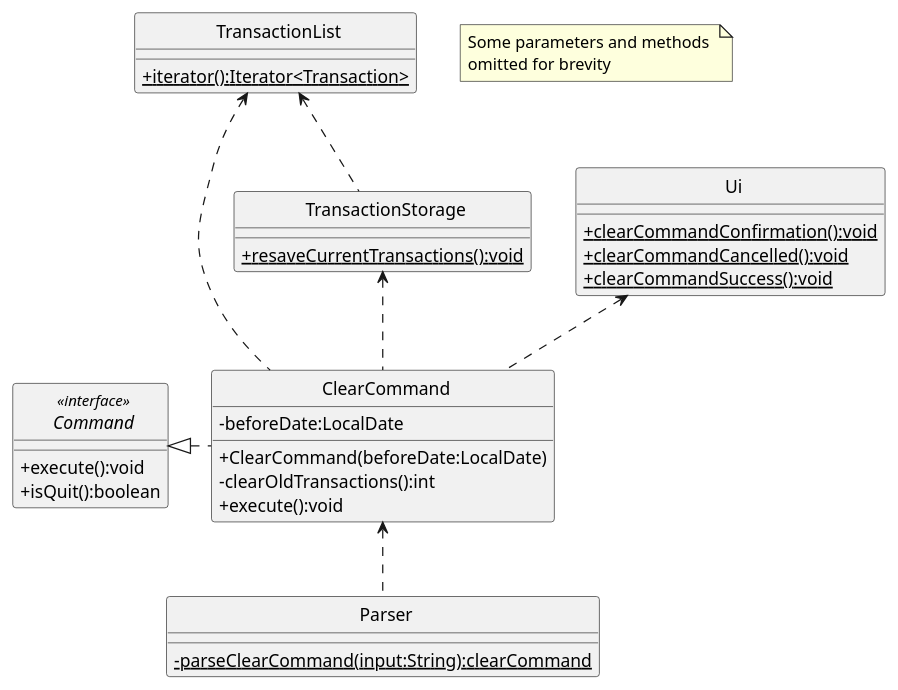
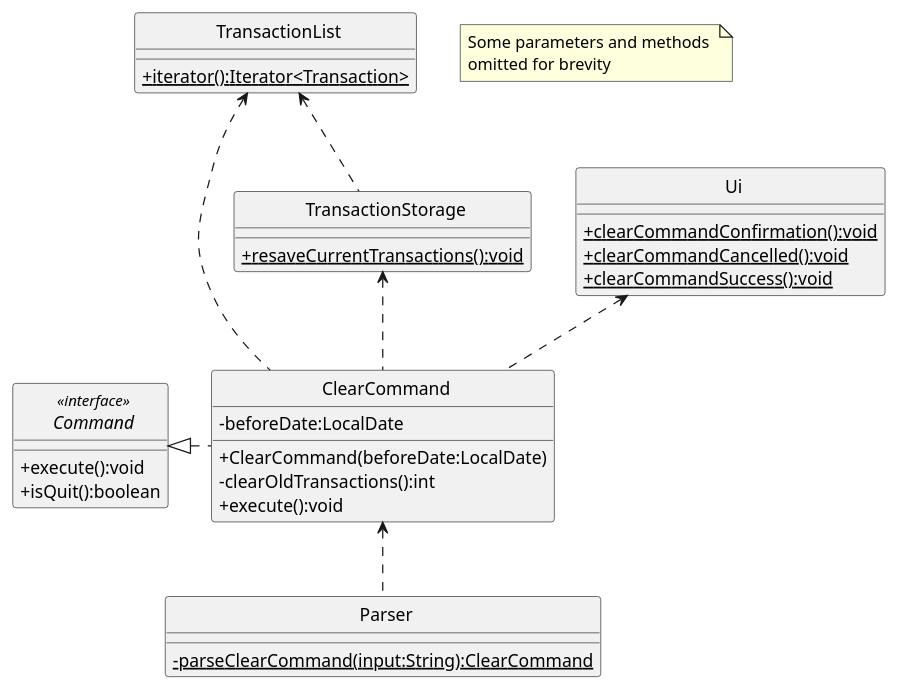
Before and after one commit to rismm/tp: the first of 2 diagrams in docs/uml-diagrams/ClearCommand.puml, drawn with PlantUML. The commit also changed 5 other files, not shown here.

Commit message:
Fix UML diagrams

```diff
--- a/docs/uml-diagrams/ClearCommand.puml
+++ b/docs/uml-diagrams/ClearCommand.puml
@@ -1,53 +1,53 @@
 @startuml
 'https://plantuml.com/class-diagram
 skinparam classAttributeIconSize 0
 skinparam CircledCharacterFontSize 0
 skinparam CircledCharacterRadius 0
 
 class Command
 class ClearCommand
 class Parser
 class TransactionList
 class TransactionStorage
 class Ui
 
 Command <|. ClearCommand
 Ui <.. ClearCommand
 TransactionList <.. ClearCommand
 ClearCommand <.. Parser
 TransactionStorage <.. ClearCommand
 TransactionList <.. TransactionStorage
 
 interface Command <<interface>> {
     +execute():void
     +isQuit():boolean
 }
 
 class ClearCommand {
     -beforeDate:LocalDate
     +ClearCommand(beforeDate:LocalDate)
     -clearOldTransactions():int
     +execute():void
 }
 
 class TransactionList {
     {static}+iterator():Iterator<Transaction>
 }
 
 class Ui {
     {static}+clearCommandConfirmation():void
     {static}+clearCommandCancelled():void
     {static}+clearCommandSuccess():void
 }
 
 class Parser {
-    {static}-parseClearCommand(input:String):clearCommand
+    {static}-parseClearCommand(input:String):ClearCommand
 }
 
 class TransactionStorage {
     {static}+resaveCurrentTransactions():void
 }
 
 note "Some parameters and methods \nomitted for brevity" as n1
 
 @enduml
```
